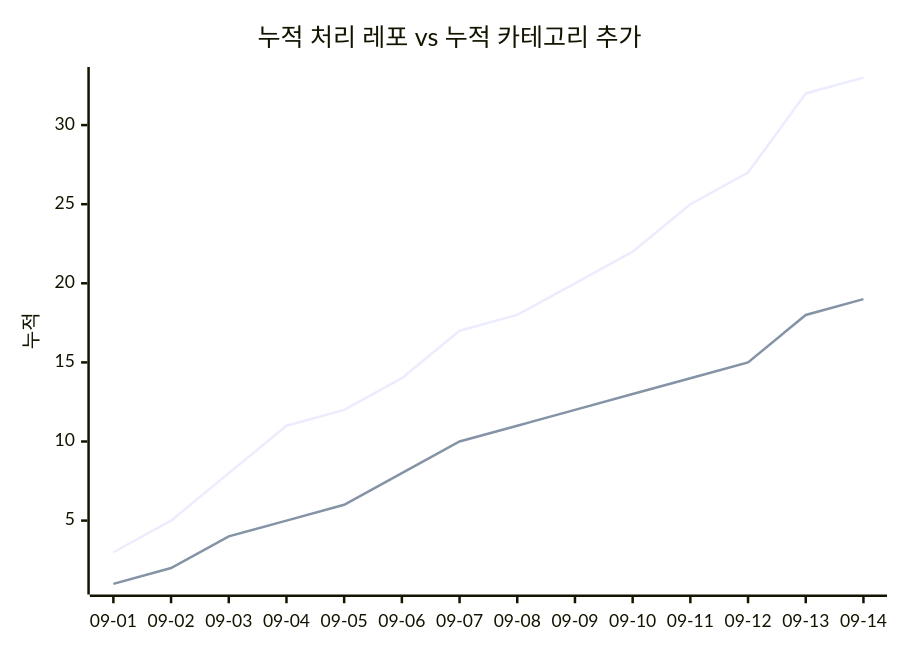
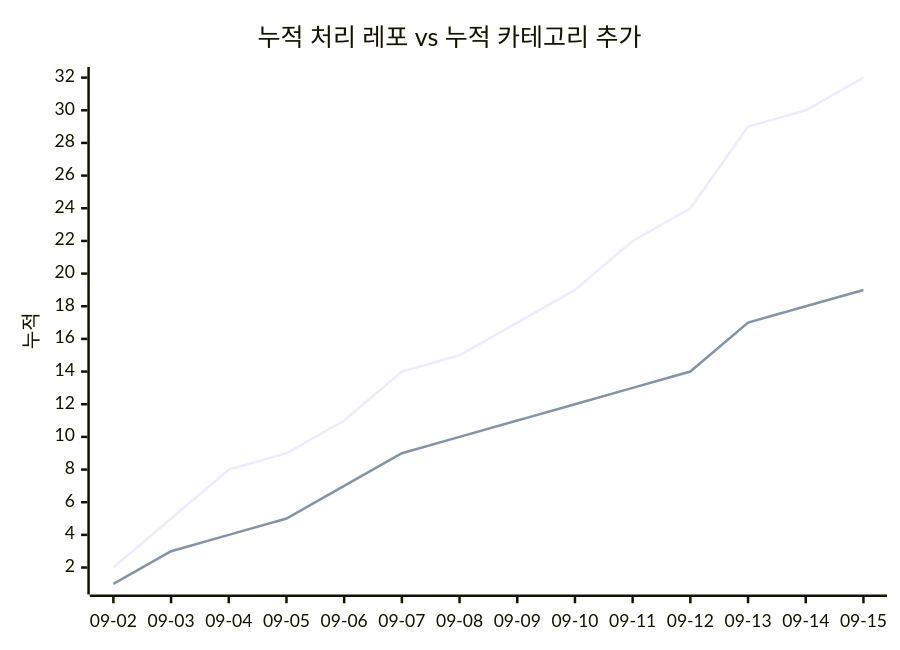
The second of 2 diagrams in docs/trends.md (J-nowcow/awesome-korean-agent-skills), drawn with Mermaid before and after one commit. The commit also changed other lines of this file and 4 other files, not shown here.

````diff
--- a/docs/trends.md
+++ b/docs/trends.md
@@ -68,8 +68,8 @@
 ```mermaid
 xychart-beta
     title "누적 처리 레포 vs 누적 카테고리 추가"
-    x-axis ["09-01","09-02","09-03","09-04","09-05","09-06","09-07","09-08","09-09","09-10","09-11","09-12","09-13","09-14"]
+    x-axis ["09-02","09-03","09-04","09-05","09-06","09-07","09-08","09-09","09-10","09-11","09-12","09-13","09-14","09-15"]
     y-axis "누적"
-    line [3,5,8,11,12,14,17,18,20,22,25,27,32,33]
-    line [1,2,4,5,6,8,10,11,12,13,14,15,18,19]
+    line [2,5,8,9,11,14,15,17,19,22,24,29,30,32]
+    line [1,3,4,5,7,9,10,11,12,13,14,17,18,19]
 ```
````
